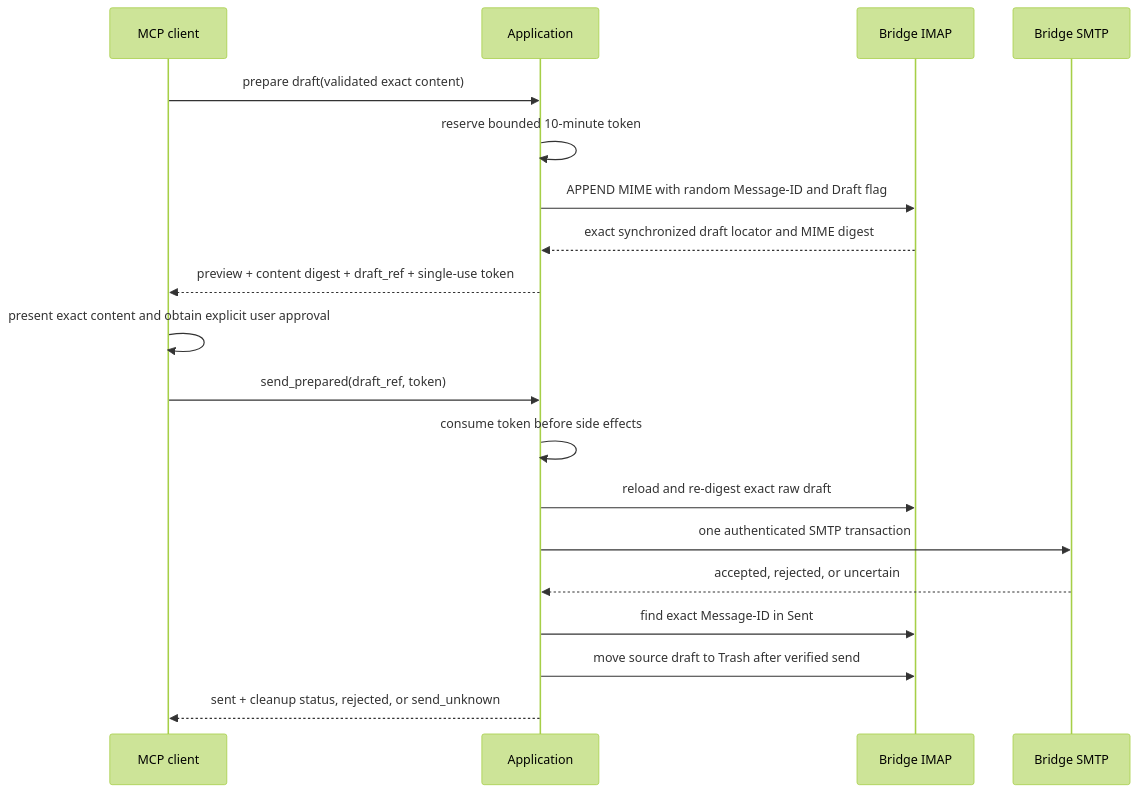
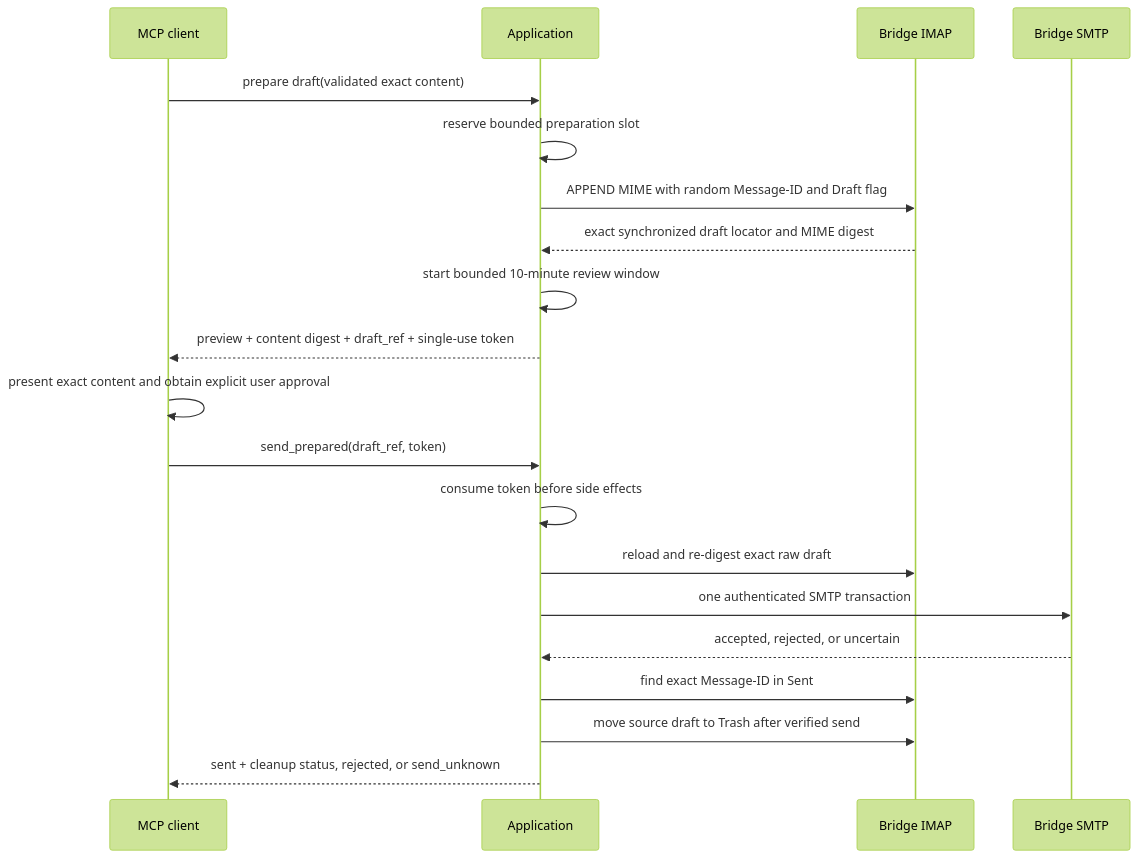
The second of 2 diagrams in docs/architecture.md (ryanpaulanderson/proton-mail-mac-mcp), drawn with Mermaid (forest theme) before and after one commit. The commit also changed other lines of this file and 6 other files, not shown here.

````diff
--- a/docs/architecture.md
+++ b/docs/architecture.md
@@ -72,22 +72,23 @@
 ```mermaid
 sequenceDiagram
     participant C as MCP client
     participant A as Application
     participant I as Bridge IMAP
     participant S as Bridge SMTP
 
     C->>A: prepare draft(validated exact content)
-    A->>A: reserve bounded 10-minute token
+    A->>A: reserve bounded preparation slot
     A->>I: APPEND MIME with random Message-ID and Draft flag
     I-->>A: exact synchronized draft locator and MIME digest
+    A->>A: start bounded 10-minute review window
     A-->>C: preview + content digest + draft_ref + single-use token
     C->>C: present exact content and obtain explicit user approval
     C->>A: send_prepared(draft_ref, token)
     A->>A: consume token before side effects
     A->>I: reload and re-digest exact raw draft
     A->>S: one authenticated SMTP transaction
     S-->>A: accepted, rejected, or uncertain
     A->>I: find exact Message-ID in Sent
     A->>I: move source draft to Trash after verified send
     A-->>C: sent + cleanup status, rejected, or send_unknown
 ```
````
